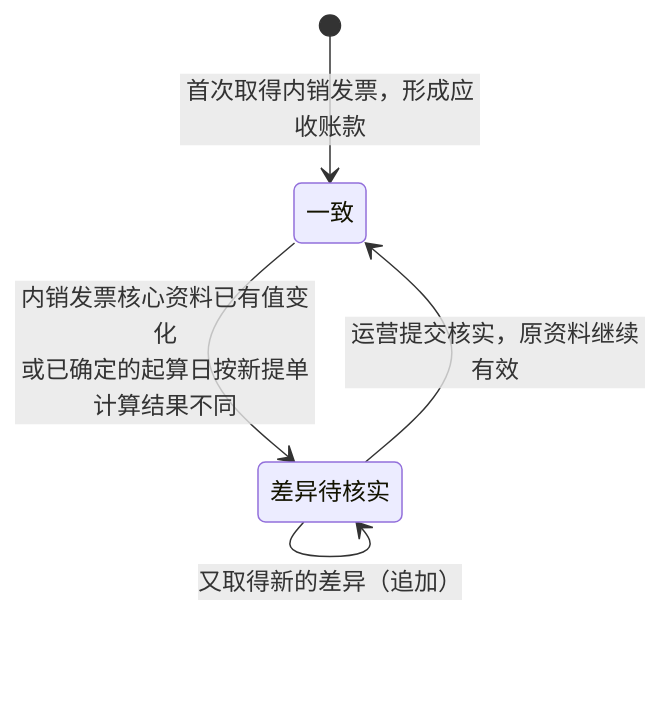
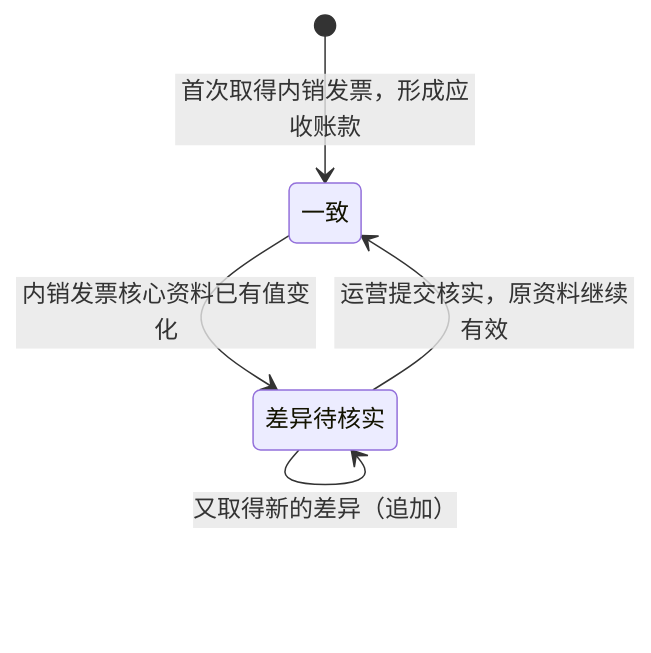
One commit to wxblockchain/Chain-Financing changed the fifth of 6 diagrams in asset-trust-platform/PRD/两端共用/M3-应收账款与发票/02-应收账款与发票-流程图与状态机.md. Above: the diagram before and after it, drawn with Mermaid. The commit also changed other lines of this file and 2 other files, not shown here.

````diff
--- a/asset-trust-platform/PRD/两端共用/M3-应收账款与发票/02-应收账款与发票-流程图与状态机.md
+++ b/asset-trust-platform/PRD/两端共用/M3-应收账款与发票/02-应收账款与发票-流程图与状态机.md
@@ -98,7 +96,7 @@
 ```mermaid
 stateDiagram-v2
     [*] --> 一致: 首次取得内销发票，形成应收账款
-    一致 --> 差异待核实: 内销发票核心资料已有值变化<br/>或已确定的起算日按新提单计算结果不同
+    一致 --> 差异待核实: 内销发票核心资料已有值变化
     差异待核实 --> 差异待核实: 又取得新的差异（追加）
     差异待核实 --> 一致: 运营提交核实，原资料继续有效
 ```
````
